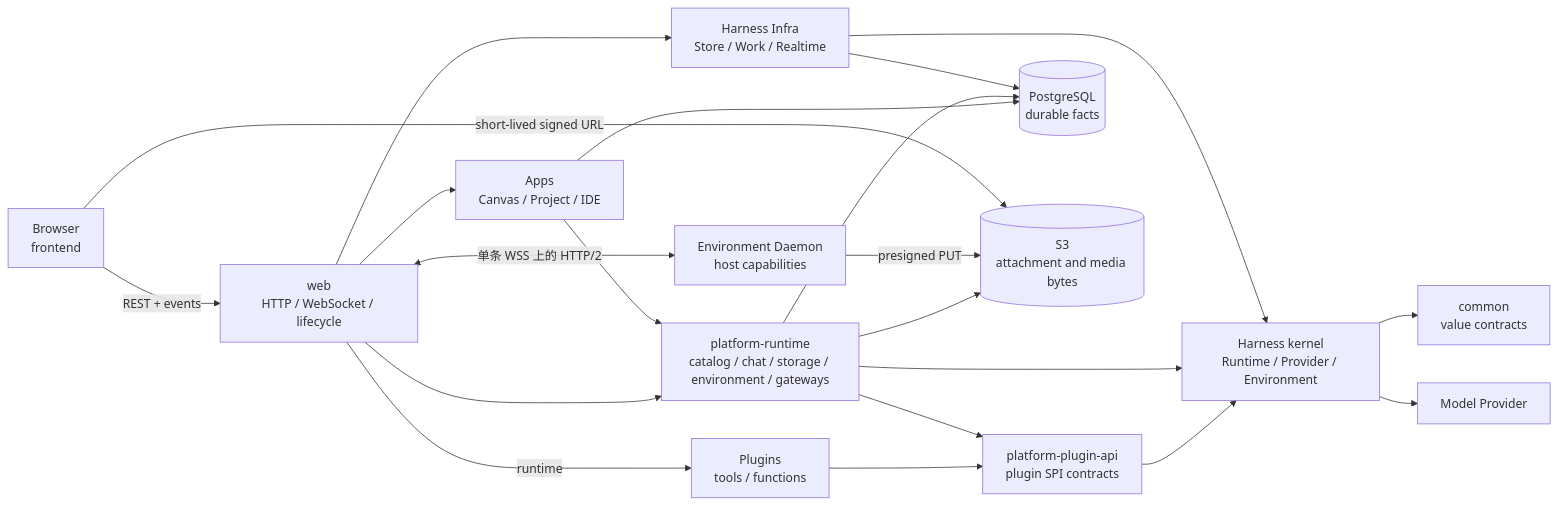
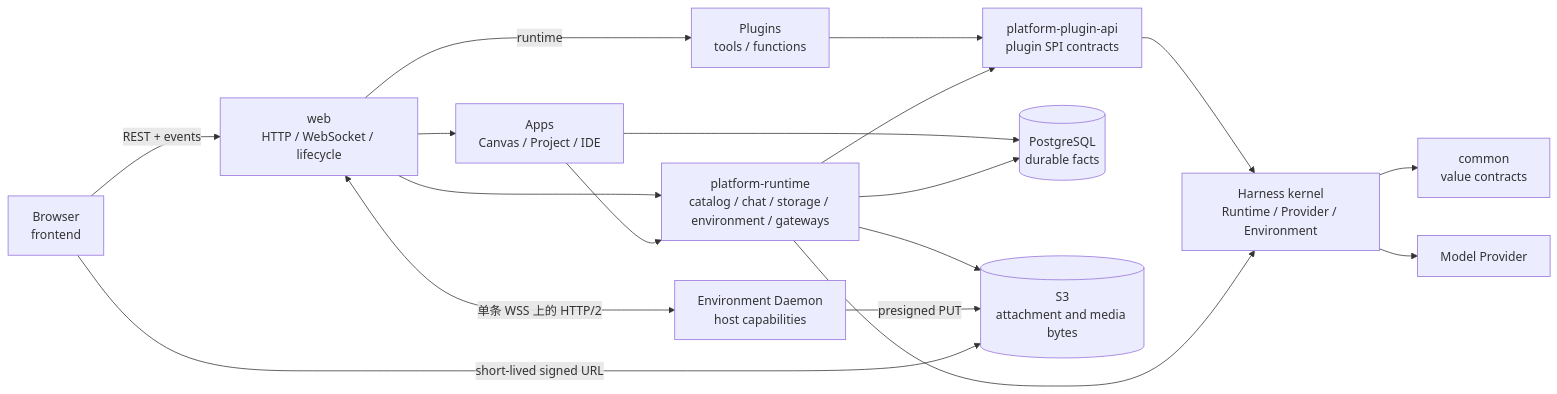
The diagram in docs/system-design.md (fengwk/kk-studio), drawn with Mermaid before and after one commit. The commit also changed other lines of this file and 11 other files, not shown here.

````diff
--- a/docs/system-design.md
+++ b/docs/system-design.md
@@ -24,37 +24,33 @@
 ```mermaid
 flowchart LR
     Browser["Browser<br/>frontend"]
     Web["web<br/>HTTP / WebSocket / lifecycle"]
     Apps["Apps<br/>Canvas / Project / IDE"]
     Plugins["Plugins<br/>tools / functions"]
     PlatformApi["platform-plugin-api<br/>plugin SPI contracts"]
     PlatformRuntime["platform-runtime<br/>catalog / chat / storage / environment / gateways"]
-    Infra["Harness Infra<br/>Store / Work / Realtime"]
     Harness["Harness kernel<br/>Runtime / Provider / Environment"]
     Common["common<br/>value contracts"]
     PG[("PostgreSQL<br/>durable facts")]
     S3[("S3<br/>attachment and media bytes")]
     Provider["Model Provider"]
     Daemon["Environment Daemon<br/>host capabilities"]
 
     Browser -->|REST + events| Web
     Web --> Apps
     Web --> PlatformRuntime
-    Web --> Infra
     Web -->|runtime| Plugins
     Apps --> PlatformRuntime
     Plugins --> PlatformApi
     PlatformRuntime --> PlatformApi
     PlatformApi --> Harness
     PlatformRuntime --> Harness
-    Infra --> Harness
     Harness --> Common
     Apps --> PG
     PlatformRuntime --> PG
     PlatformRuntime --> S3
-    Infra --> PG
     Harness --> Provider
     Web <-->|单条 WSS 上的 HTTP/2| Daemon
     Daemon -->|presigned PUT| S3
     Browser -->|short-lived signed URL| S3
 ```
````
